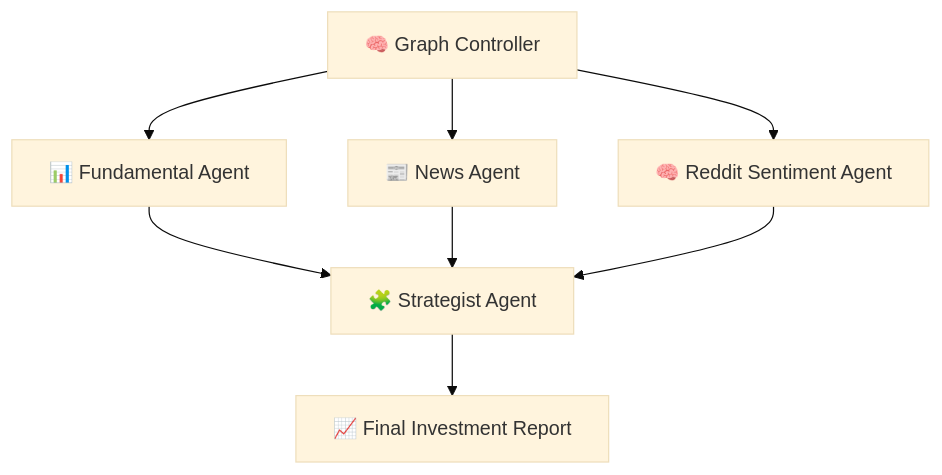
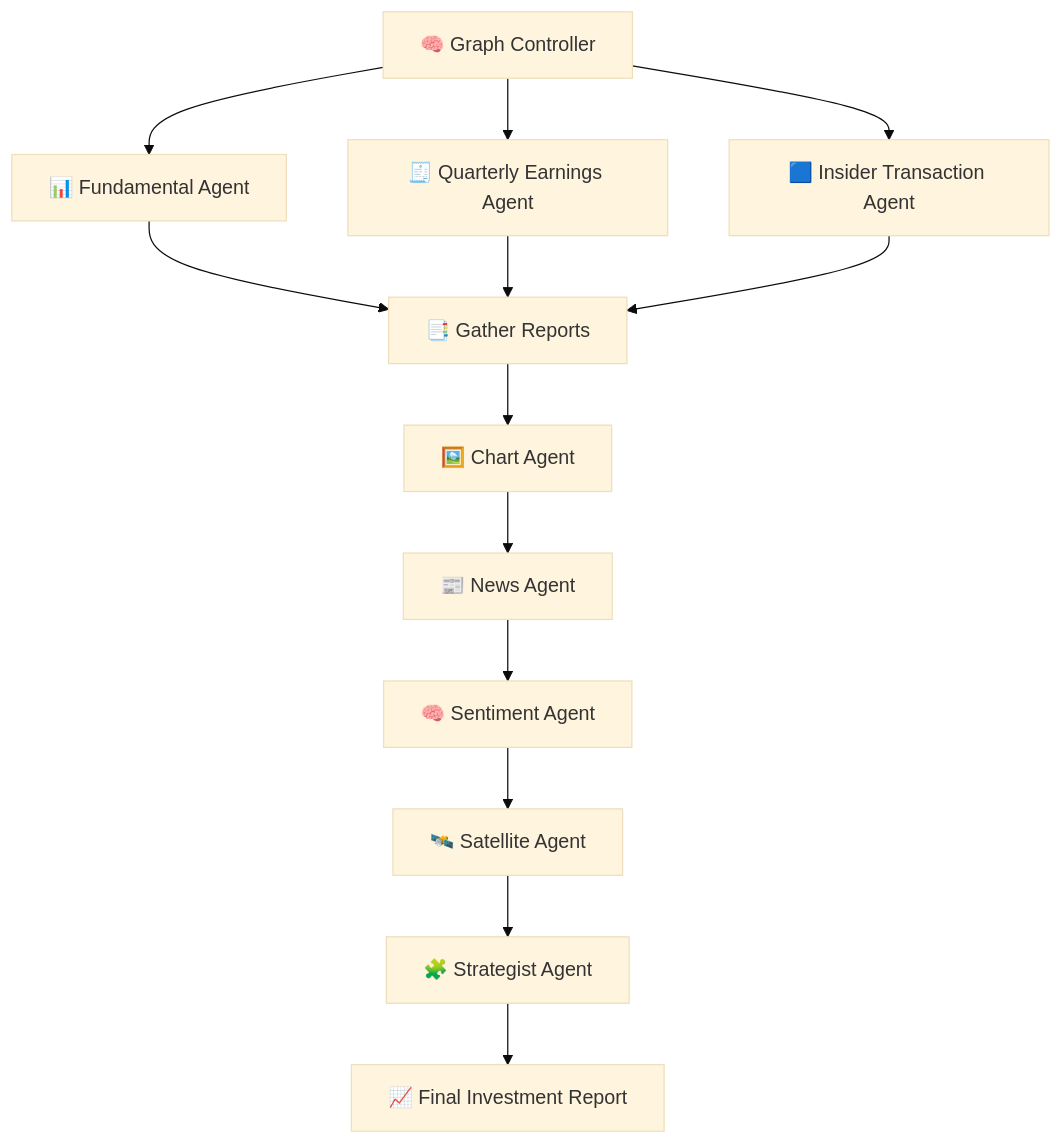
The diagram in README.md (tongxincs/HedgeMindAI), drawn with Mermaid (base theme) before and after one commit. The commit also changed other lines of this file, not shown here.

````diff
--- a/README.md
+++ b/README.md
@@ -47,14 +66,26 @@
 ```mermaid
 graph TD;
     A[🧠 Graph Controller]
 
+    %% Layer 1: Parallel signals
     A --> B1[📊 Fundamental Agent]
-    A --> B2[📰 News Agent]
-    A --> B3[🧠 Reddit Sentiment Agent]
+    A --> B2[🧾 Quarterly Earnings Agent]
+    A --> B3[🟦 Insider Transaction Agent]
 
-    B1 --> C[🧩 Strategist Agent]
+    %% Layer 2: Aggregation
+    B1 --> C[📑 Gather Reports]
     B2 --> C
     B3 --> C
 
-    C --> D[📈 Final Investment Report]
+    %% Layer 3: Visualization
+    C --> D[🖼️ Chart Agent]
+
+    %% Layer 4: Contextual
+    D --> E1[📰 News Agent]
+    E1 --> E2[🧠 Sentiment Agent]
+    E2 --> E3[🛰️ Satellite Agent]
+
+    %% Layer 5: Final synthesis
+    E3 --> F[🧩 Strategist Agent]
+    F --> G[📈 Final Investment Report]
 ```
````
